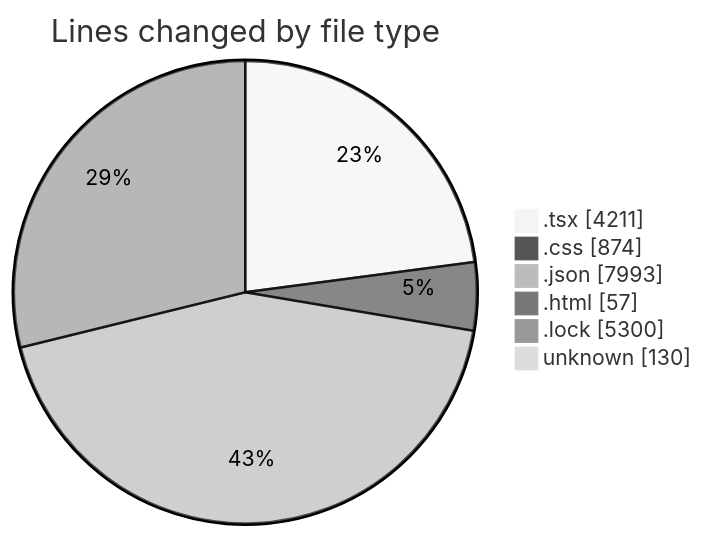
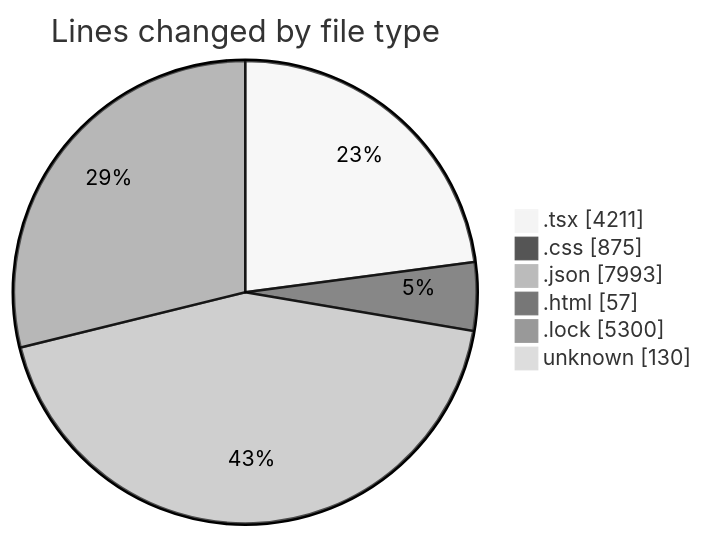
Before and after one commit to EIIisD/code-tracking: the first of 2 diagrams in 2025-08-12/ribbon/README.md, drawn with Mermaid (neutral theme). The commit also changed other lines of this file and 1 other file, not shown here.

````diff
--- a/2025-08-12/ribbon/README.md
+++ b/2025-08-12/ribbon/README.md
@@ -40,10 +40,10 @@
 ```mermaid
 pie showData
 title Lines changed by file type
 ".tsx" : 4211
-".css" : 874
+".css" : 875
 ".json" : 7993
 ".html" : 57
 ".lock" : 5300
 "unknown" : 130
 ```
````
